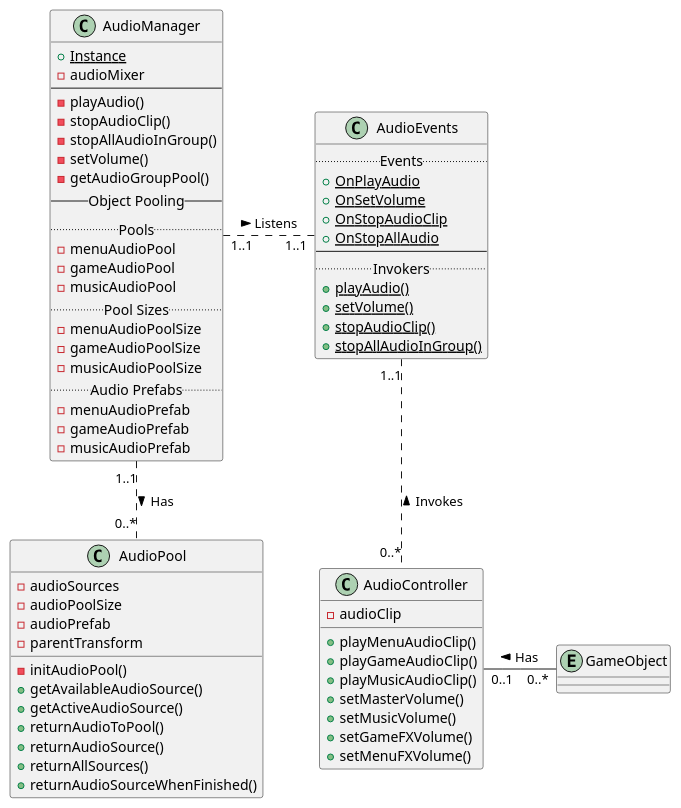
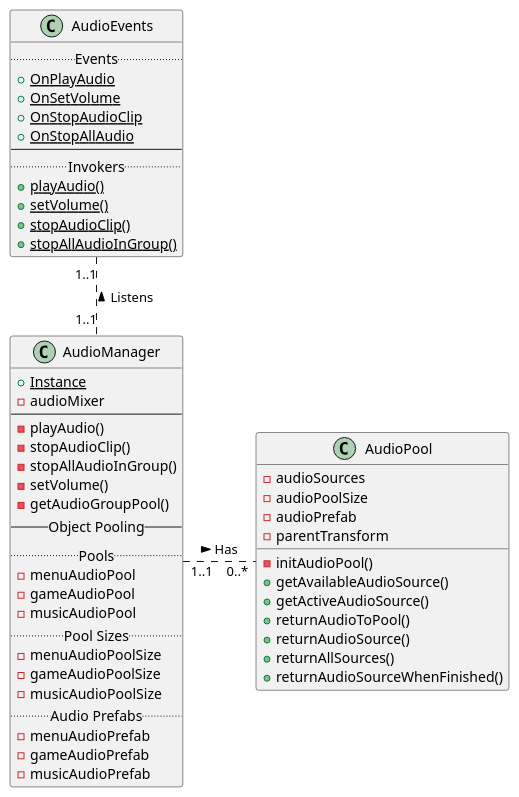
One commit to jskelly2021/Journey changed the diagram in UML/audiosystem.iuml. Above: the diagram before and after it, drawn with PlantUML. The commit also changed 5 other files, not shown here.

Commit message:
Updated UML and README

```diff
--- a/UML/audiosystem.iuml
+++ b/UML/audiosystem.iuml
@@ -1,72 +1,57 @@
 @startuml inputsystem
 class AudioManager {
     {static} +Instance
     -audioMixer
     ---
     -playAudio()
     -stopAudioClip()
     -stopAllAudioInGroup()
     -setVolume()
     -getAudioGroupPool()
     --Object Pooling--
     ..Pools..
     -menuAudioPool
     -gameAudioPool
     -musicAudioPool
     ..Pool Sizes..
     -menuAudioPoolSize
     -gameAudioPoolSize
     -musicAudioPoolSize
     ..Audio Prefabs..
     -menuAudioPrefab
     -gameAudioPrefab
     -musicAudioPrefab
 }
 
 class AudioEvents {
     ..Events..
     {static} +OnPlayAudio
     {static} +OnSetVolume
     {static} +OnStopAudioClip
     {static} +OnStopAllAudio
     ---
     ..Invokers..
     {static} +playAudio()
     {static} +setVolume()
     {static} +stopAudioClip()
     {static} +stopAllAudioInGroup()
 }
 
 class AudioPool {
     -audioSources
     -audioPoolSize
     -audioPrefab
     -parentTransform
     -initAudioPool()
     +getAvailableAudioSource()
     +getActiveAudioSource()
     +returnAudioToPool()
     +returnAudioSource()
     +returnAllSources()
     +returnAudioSourceWhenFinished()
 }
 
-class AudioController {
-    -audioClip
-    +playMenuAudioClip()
-    +playGameAudioClip()
-    +playMusicAudioClip()
-    +setMasterVolume()
-    +setMusicVolume()
-    +setGameFXVolume()
-    +setMenuFXVolume()
-}
-
-entity GameObject
-
-AudioManager       "1..1"    .right.    "1..1"    AudioEvents    : "Listens >"
-AudioManager       "1..1"    .down.     "0..*"    AudioPool      : "Has >"
-AudioController    "0..*"    .up.       "1..1"    AudioEvents    : "Invokes >"
-AudioController    "0..1"    -right-    "0..*"    GameObject     : "Has <"
+AudioManager       "1..1"    .up.     "1..1"    AudioEvents    : "Listens >"
+AudioManager       "1..1"    .right.  "0..*"    AudioPool      : "Has >"
 
 @enduml
```
